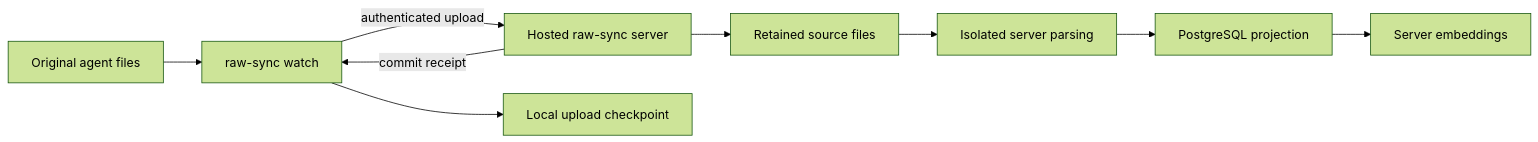
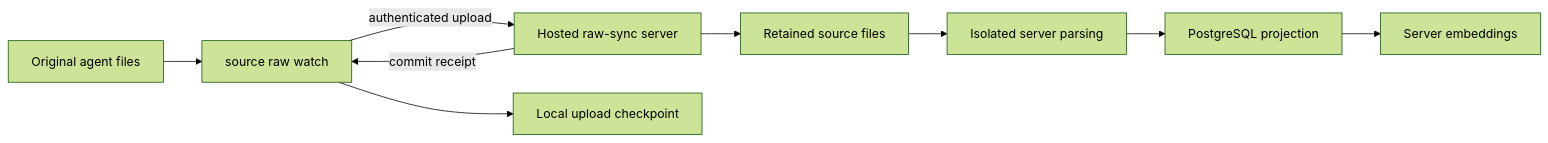
One commit to kenn-io/agentsview changed the diagram in docs/hosted-raw-sync.md. Above: the diagram before and after it, drawn with Mermaid (forest theme). The commit also changed other lines of this file, not shown here.

First line of the commit message:
docs: make hosted raw sync read naturally

````diff
--- a/docs/hosted-raw-sync.md
+++ b/docs/hosted-raw-sync.md
@@ -12,11 +12,11 @@
 ```mermaid
 flowchart LR
-    Files["Original agent files"] --> Client["raw-sync watch"]
+    Files["Original agent files"] --> Client["source raw watch"]
     Client -->|"authenticated upload"| Server["Hosted raw-sync server"]
     Server --> Storage["Retained source files"]
     Server -->|"commit receipt"| Client
     Client --> Checkpoint["Local upload checkpoint"]
     Storage --> Parser["Isolated server parsing"]
     Parser --> PostgreSQL["PostgreSQL projection"]
     PostgreSQL --> Embeddings["Server embeddings"]
 ```
````
